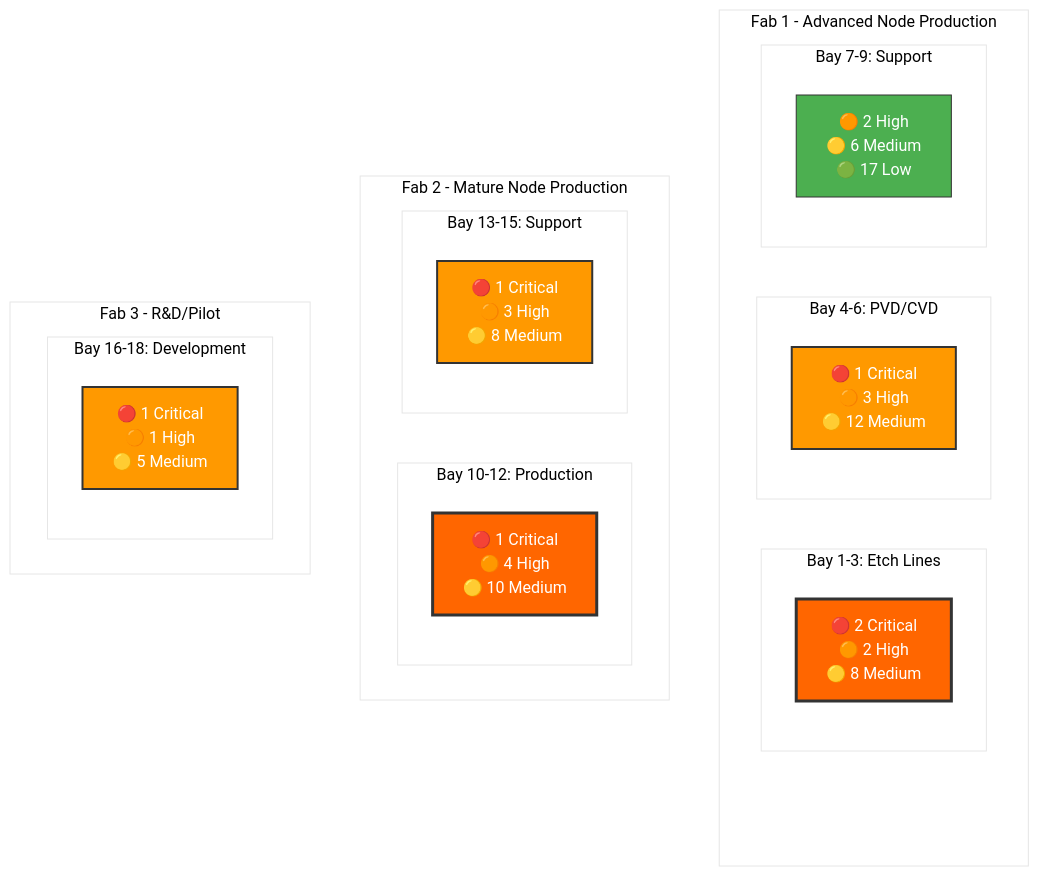
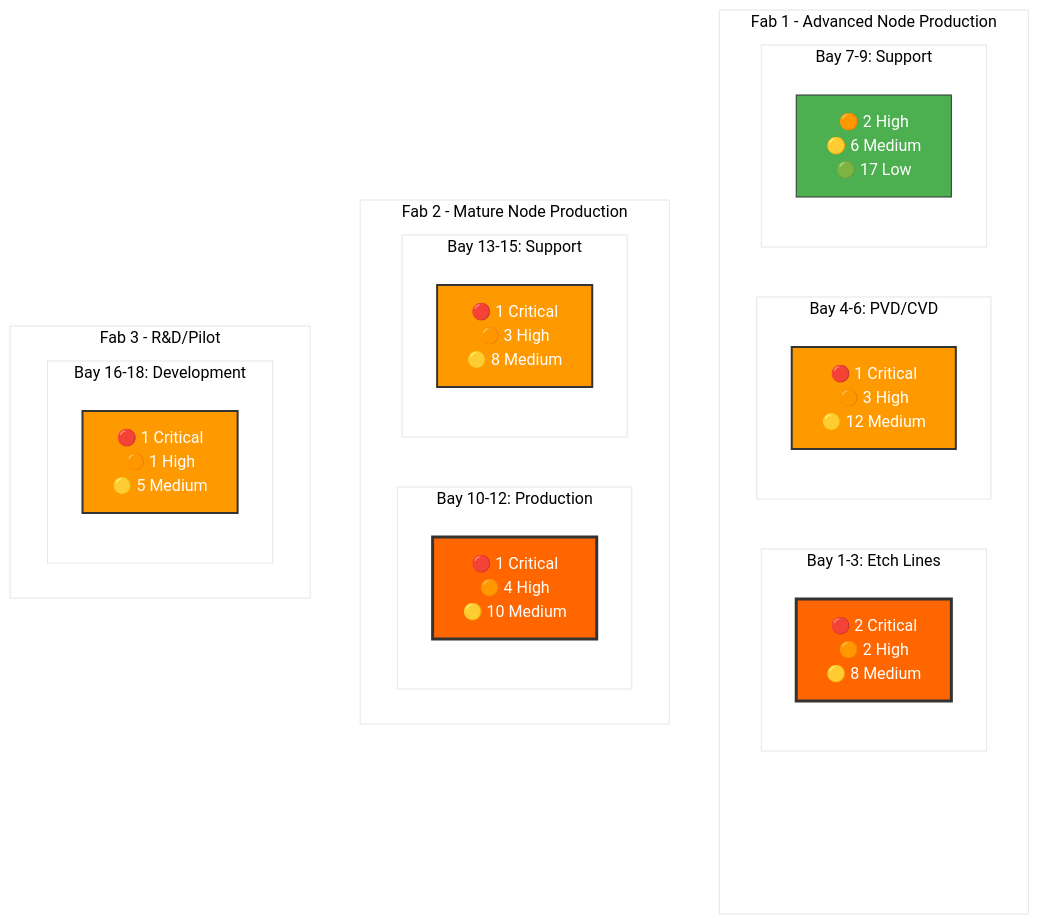
Before and after one commit to StephanieHepp/Risk-Assessment: the third of 10 diagrams in scaled_vacuum_report_200.md, drawn with Mermaid.

````diff
--- a/scaled_vacuum_report_200.md
+++ b/scaled_vacuum_report_200.md
@@ -40,46 +40,44 @@
 ```mermaid
 %%{init: {'theme':'base', 'themeVariables': {'primaryColor':'#fff', 'secondaryColor':'#000'}}}%%
 graph TB
     subgraph "Fab 1 - Advanced Node Production"
-    dummy1[" "]:::invisible
+    spacer["<br/><br/>"]:::invisible
         subgraph "Bay 1-3: Etch Lines" 
             F1B1["🔴 2 Critical<br/>🟠 2 High<br/>🟡 8 Medium"]
         end
         subgraph "Bay 4-6: PVD/CVD"
             F1B2["🔴 1 Critical<br/>🟠 3 High<br/>🟡 12 Medium"]
         end
         subgraph "Bay 7-9: Support" 
             F1B3["🟠 2 High<br/>🟡 6 Medium<br/>🟢 17 Low"]
         end
     end
     
     subgraph "Fab 2 - Mature Node Production"
-    dummy1[" "]:::invisible
+    spacer["<br/><br/>"]:::invisible
         subgraph "Bay 10-12: Production"
             F2B1["🔴 1 Critical<br/>🟠 4 High<br/>🟡 10 Medium"]
         end
         subgraph "Bay 13-15: Support"
             F2B2["🔴 1 Critical<br/>🟠 3 High<br/>🟡 8 Medium"]
         end
     end
     
     subgraph "Fab 3 - R&D/Pilot"
-    dummy1[" "]:::invisible
+    spacer["<br/><br/>"]:::invisible
         subgraph "Bay 16-18: Development"
             F3B1["🔴 1 Critical<br/>🟠 1 High<br/>🟡 5 Medium"]
         end
     end
     
     classDef critical fill:#ff6600,stroke:#333,stroke-width:3px,color:#fff
     classDef high fill:#ff9900,stroke:#333,stroke-width:2px,color:#fff
     classDef medium fill:#ffcc00,stroke:#333,stroke-width:2px,color:#000
     classDef lowrisk fill:#4CAF50,stroke:#333,stroke-width:1px,color:#fff
-    classDef invisible fill:none,stroke:none
-%%{init: {'theme':'base', 'themeVariables': { 
-    'subGraphTitleMargin': 20 
-}}}%%
+    classDef invisible fill:none,stroke:none,stroke-width:0px
+
     
     class F1B1,F2B1 critical
     class F1B2,F2B2,F3B1 high
     class F1B3 lowrisk
 ```
````
